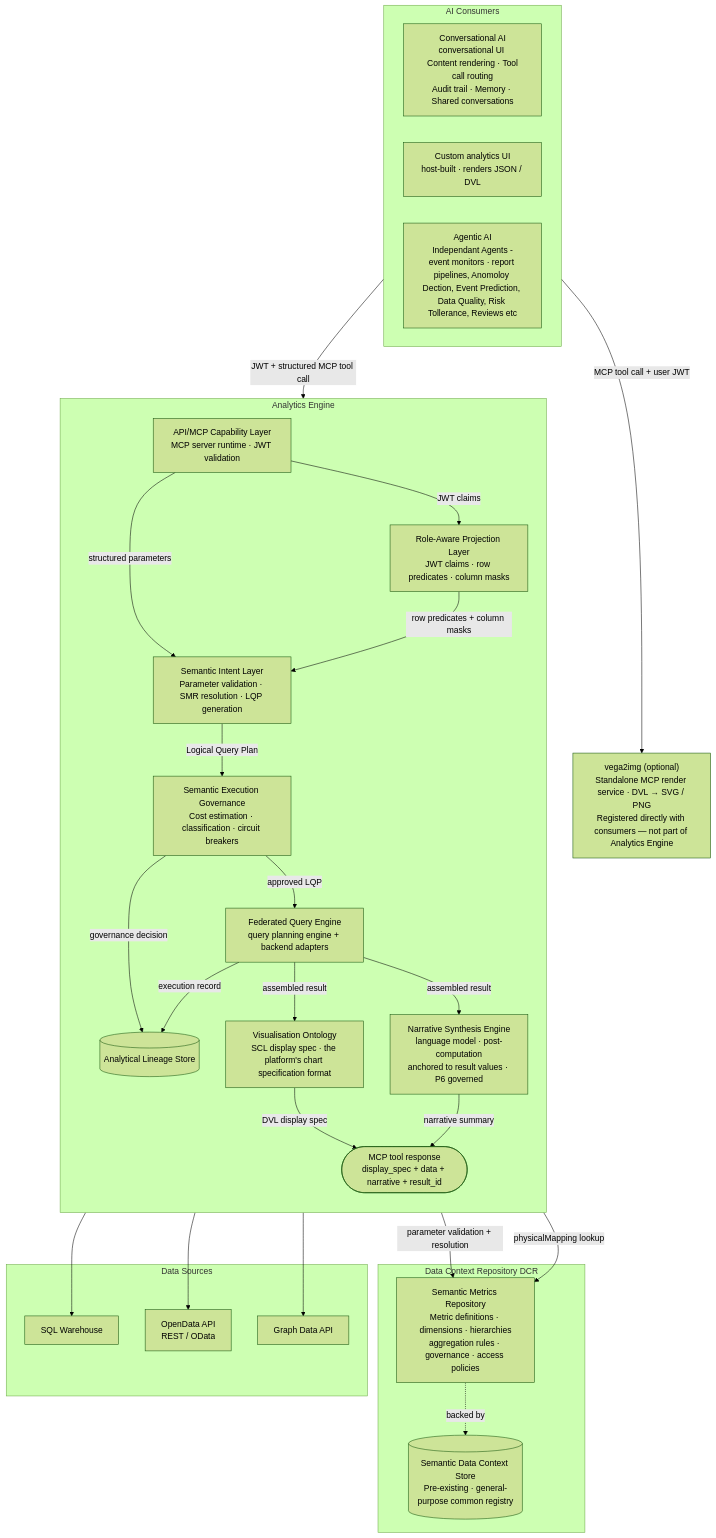
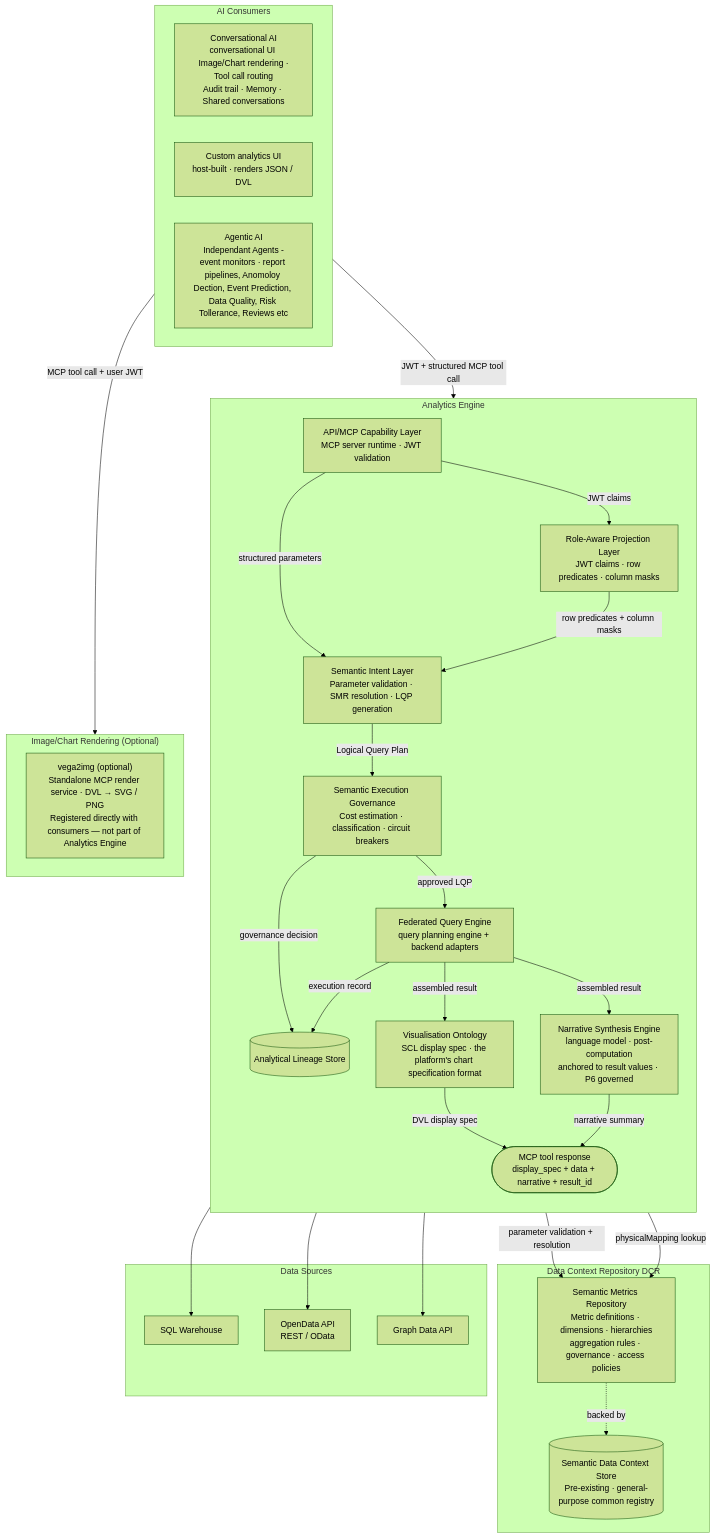
Before and after one commit to M-A-Operating-System/shared-work: the first of 6 diagrams in docs/product/analytics/02-core-capabilities.md, drawn with Mermaid (forest theme).

Commit message:
Update flowchart for image/chart rendering details

````diff
--- a/docs/product/analytics/02-core-capabilities.md
+++ b/docs/product/analytics/02-core-capabilities.md
@@ -57,53 +57,55 @@
 ```mermaid
 flowchart TD
     subgraph Consumers["AI Consumers"]
         direction LR
-        ChatComp["Conversational AI\nconversational UI \n Content rendering · Tool call routing\nAudit trail · Memory · Shared conversations"]
+        ChatComp["Conversational AI\nconversational UI \n Image/Chart rendering · Tool call routing\nAudit trail · Memory · Shared conversations"]
         CustomUI["Custom analytics UI\nhost-built · renders JSON / DVL"]
         Agents["Agentic AI\n Independant Agents - event monitors · report pipelines, Anomoloy Dection, Event Prediction, Data Quality, Risk Tollerance, Reviews etc"]
     end
 
     subgraph analytics["Analytics Engine"]
         direction TB
         MCP["API/MCP Capability Layer\nMCP server runtime · JWT validation"]
         SIL["Semantic Intent Layer\nParameter validation · SMR resolution · LQP generation"]
         RAPL["Role-Aware Projection Layer\nJWT claims · row predicates · column masks"]
         SEG["Semantic Execution Governance\nCost estimation · classification · circuit breakers"]
         FQE["Federated Query Engine\nquery planning engine + backend adapters"]
         VO["Visualisation Ontology\nSCL display spec · the platform's chart specification format"]
         NSE["Narrative Synthesis Engine\nlanguage model · post-computation\nanchored to result values · P6 governed"]
         LS[("Analytical Lineage Store")]
         Result(["MCP tool response\ndisplay_spec + data + narrative + result_id"])
     end
 
-    vega2img["vega2img (optional)\nStandalone MCP render service · DVL → SVG / PNG\nRegistered directly with consumers — not part of Analytics Engine"]
+     subgraph Image["Image/Chart Rendering (Optional)"]
+            vega2img["vega2img (optional)\nStandalone MCP render service · DVL → SVG / PNG\nRegistered directly with consumers — not part of Analytics Engine"]
+    end
 
     subgraph dcr["Data Context Repository DCR"]
         SMR["Semantic Metrics Repository\nMetric definitions · dimensions · hierarchies\naggregation rules · governance · access policies"]
         DCS[("Semantic Data Context Store\nPre-existing · general-purpose common registry")]
         SMR -. backed by .-> DCS
     end
 
     subgraph backends["Data Sources"]
         SQL["SQL Warehouse"]
         ODA["OpenData API\nREST / OData"]
         GDA["Graph Data API"]
     end
 
     Consumers -->|"JWT + structured MCP tool call"| MCP
-    Consumers -->|"MCP tool call + user JWT"| vega2img
+    Consumers -->|"MCP tool call + user JWT"| Image
     MCP -->|"structured parameters"| SIL
     MCP -->|"JWT claims"| RAPL
     RAPL -->|"row predicates + column masks"| SIL
     SIL -->|"parameter validation + resolution"| SMR
     SIL -->|"Logical Query Plan"| SEG
     SEG -->|"approved LQP"| FQE
     SEG -->|"governance decision"| LS
     FQE -->|"physicalMapping lookup"| SMR
     FQE --> SQL & ODA & GDA
     FQE -->|"execution record"| LS
     FQE -->|"assembled result"| VO
     FQE -->|"assembled result"| NSE
     VO -->|"DVL display spec"| Result
     NSE -->|"narrative summary"| Result
 ```
````
